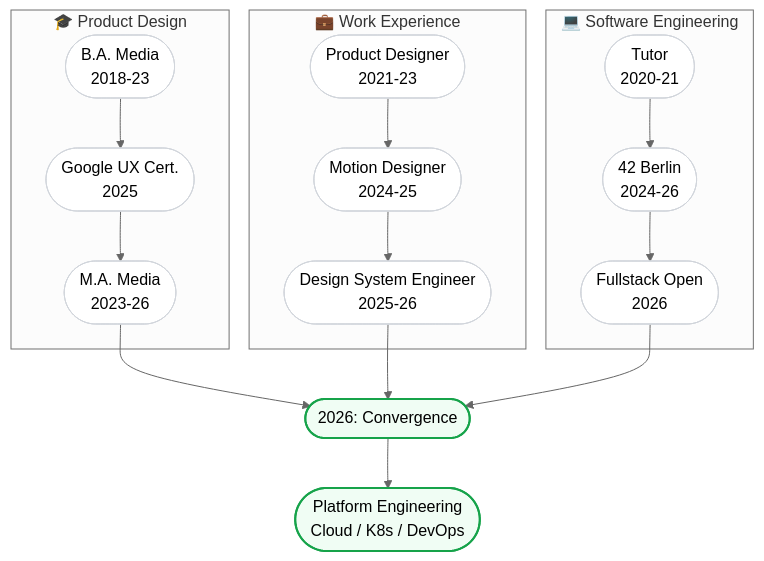
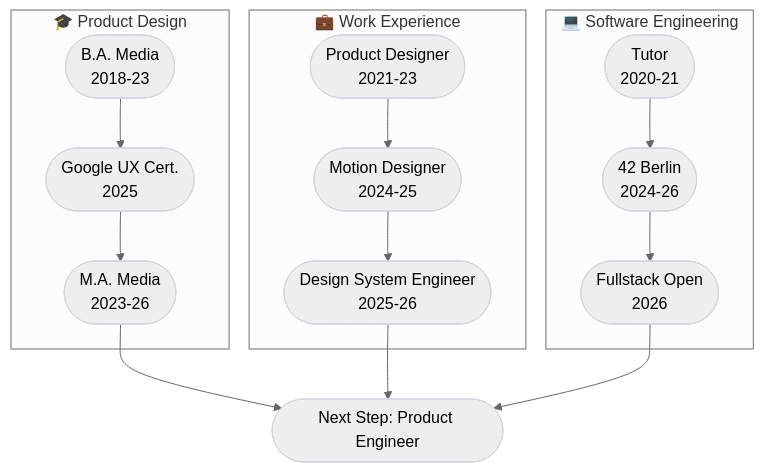
The diagram in README.md (Kopfdreher/Kopfdreher), drawn with Mermaid (neutral theme) before and after one commit. The commit also changed other lines of this file, not shown here.

````diff
--- a/README.md
+++ b/README.md
@@ -31,23 +31,21 @@
 ```mermaid
 graph TD
-    classDef node fill:#fff,stroke:#d1d5db,stroke-width:1px;
-    classDef joint fill:#f0fdf4,stroke:#16a34a,stroke-width:2px;
+    classDef node stroke:#d1d5db,stroke-width:1px;
 
     subgraph EDU ["🎓 Product Design"]
         E1([B.A. Media<br/>2018-23]):::node --> E2([Google UX Cert.<br/>2025]):::node --> E3([M.A. Media<br/>2023-26]):::node
     end
 
     subgraph JOB ["💼 Work Experience"]
         J1([Product Designer<br/>2021-23]):::node --> J2([Motion Designer<br/>2024-25]):::node --> J3([Design System Engineer<br/>2025-26]):::node
     end
 
     subgraph SWE ["💻 Software Engineering"]
         S1([Tutor<br/>2020-21]):::node --> S2([42 Berlin<br/>2024-26]):::node --> S3([Fullstack Open<br/>2026]):::node
     end
 
-    E3 --> JOIN([2026: Convergence]):::joint
+    E3 --> JOIN([Next Step: Product Engineer])
     J3 --> JOIN
     S3 --> JOIN
 
-    JOIN --> P1([Platform Engineering<br/>Cloud / K8s / DevOps]):::joint
 ```
````
